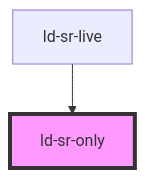
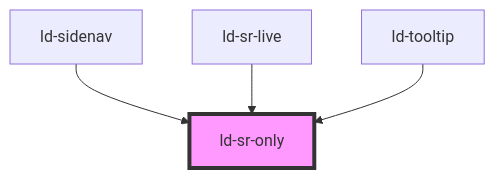
One commit to emdgroup-liquid/liquid changed the diagram in src/liquid/components/ld-sr-only/readme.md. Above: the diagram before and after it, drawn with Mermaid. The commit also changed other lines of this file and 77 other files, not shown here.

````diff
--- a/src/liquid/components/ld-sr-only/readme.md
+++ b/src/liquid/components/ld-sr-only/readme.md
@@ -49,5 +51,7 @@
 ```mermaid
 graph TD;
+  ld-sidenav --> ld-sr-only
   ld-sr-live --> ld-sr-only
+  ld-tooltip --> ld-sr-only
   style ld-sr-only fill:#f9f,stroke:#333,stroke-width:4px
 ```
````
